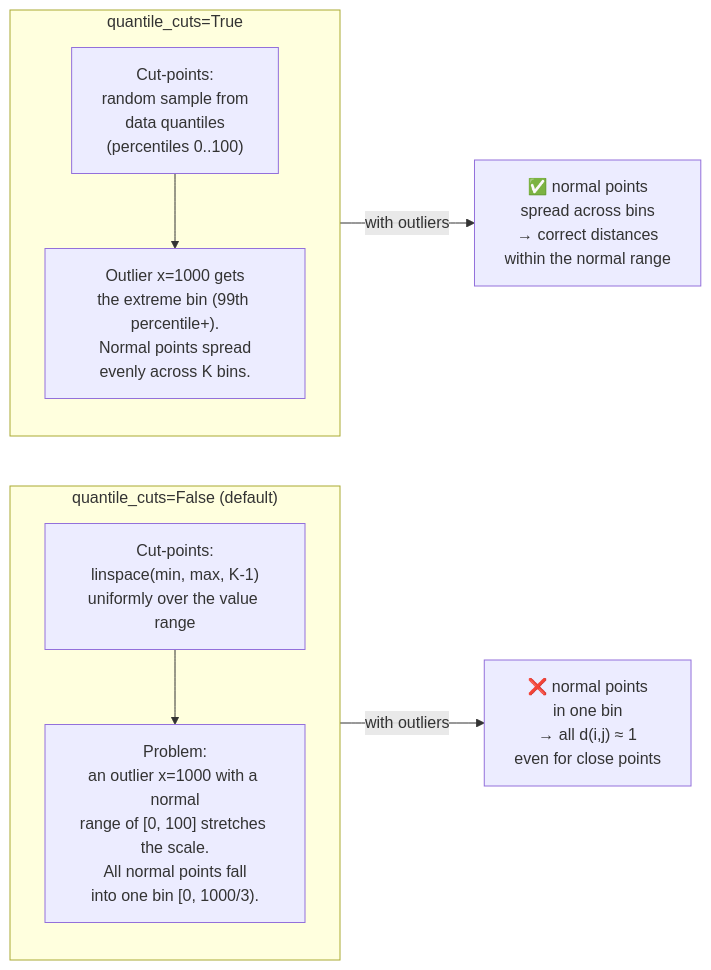
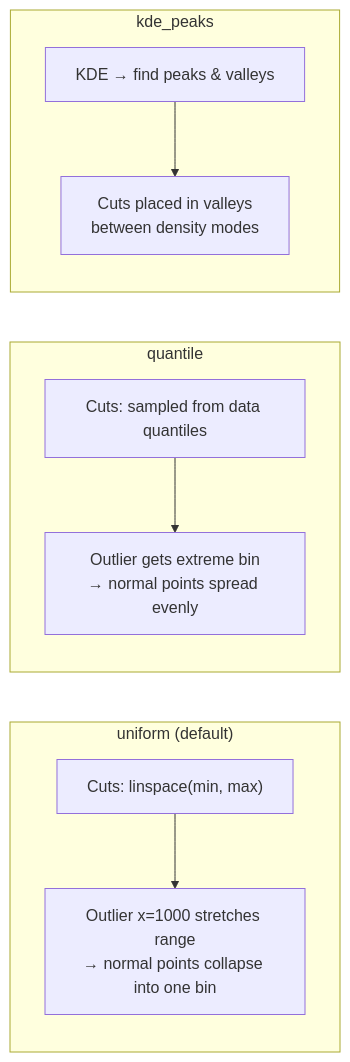
One commit to 4eshireCat/forest_clustering changed the fourth of 8 diagrams in ALGORITHM.md. Above: the diagram before and after it, drawn with Mermaid. The commit also changed other lines of this file and 17 other files, not shown here.

````diff
--- a/ALGORITHM.md
+++ b/ALGORITHM.md
@@ -186,19 +161,18 @@
 ```mermaid
 flowchart LR
-    subgraph uniform["quantile_cuts=False (default)"]
-        direction TB
-        U1["Cut-points:\nlinspace(min, max, K-1)\nuniformly over the value range"]
-        U2["Problem:\nan outlier x=1000 with a normal\nrange of [0, 100] stretches the scale.\nAll normal points fall\ninto one bin [0, 1000/3)."]
+    subgraph uniform["uniform (default)"]
+        U1["Cuts: linspace(min, max)"]
+        U2["Outlier x=1000 stretches range<br/>→ normal points collapse into one bin"]
         U1 --> U2
     end
-
-    subgraph quantile["quantile_cuts=True"]
-        direction TB
-        Q1["Cut-points:\nrandom sample from\ndata quantiles\n(percentiles 0..100)"]
-        Q2["Outlier x=1000 gets\nthe extreme bin (99th percentile+).\nNormal points spread\nevenly across K bins."]
+    subgraph quantile["quantile"]
+        Q1["Cuts: sampled from data quantiles"]
+        Q2["Outlier gets extreme bin<br/>→ normal points spread evenly"]
         Q1 --> Q2
     end
-
-    uniform -->|"with outliers"| FAIL["❌ normal points\nin one bin\n→ all d(i,j) ≈ 1\neven for close points"]
-    quantile -->|"with outliers"| OK["✅ normal points\nspread across bins\n→ correct distances\nwithin the normal range"]
+    subgraph kde["kde_peaks"]
+        K1["KDE → find peaks & valleys"]
+        K2["Cuts placed in valleys<br/>between density modes"]
+        K1 --> K2
+    end
 ```
````
